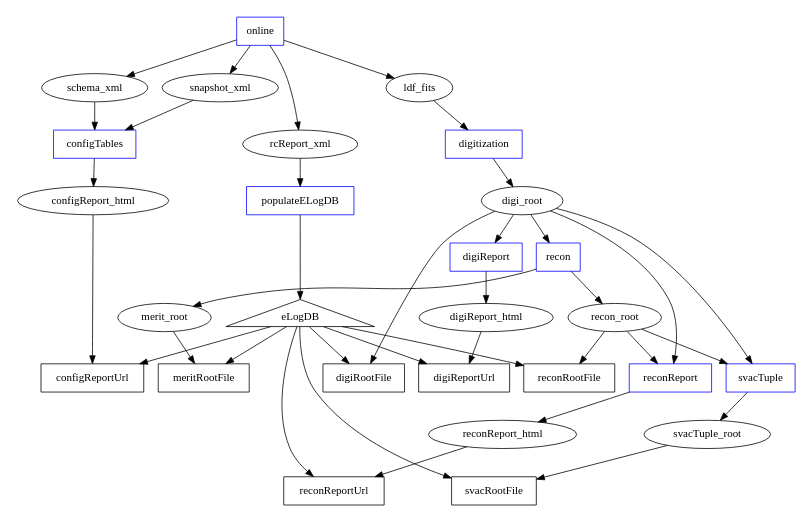
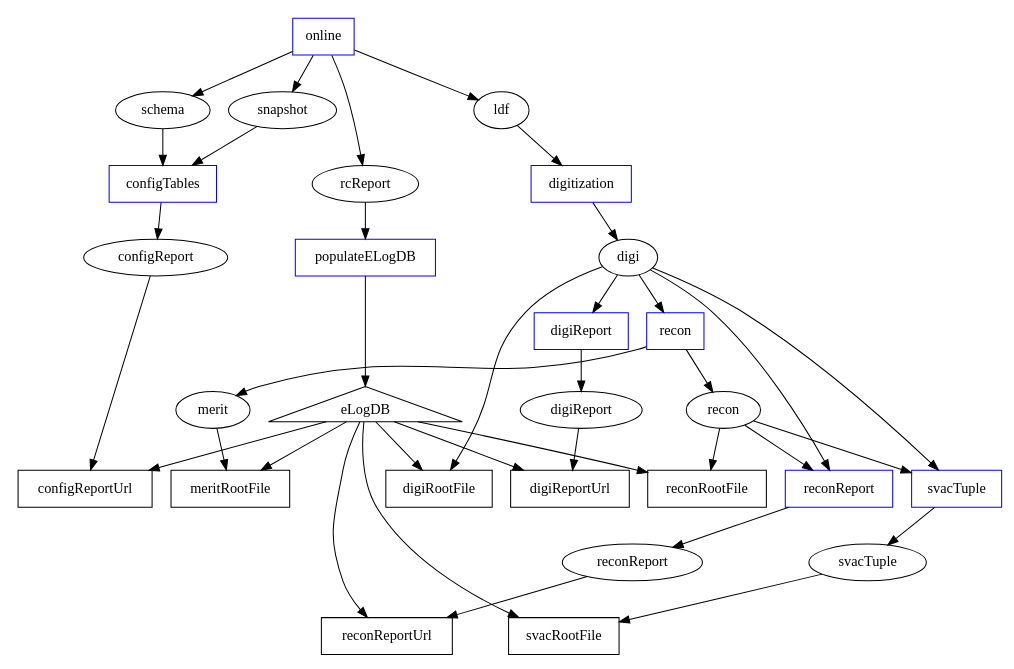
The diagram in svacPipeline/doc/desired-EM2-v1r0.dot (fermi-lat/svac), drawn with Graphviz before and after one commit. The commit also changed 2 other files, not shown here.

Commit message:
Frobbed node names.  Added node labels.  Fixed position & size of graphics in document.

```diff
--- a/svacPipeline/doc/desired-EM2-v1r0.dot
+++ b/svacPipeline/doc/desired-EM2-v1r0.dot
@@ -1,95 +1,95 @@
 digraph iAndTPipeline {
 
 #rotate=90;
-size="6,6";
+size="7.5,6.5";
 
 # processes
 node [shape=box];
 #
-online [color=blue];
-populateELogDB [color=blue];
-configTables [color=blue];
-configReportUrl;
-digitization [color=blue];
-digiRootFile;
-digiReport [color=blue];
-digiReportUrl;
-recon [color=blue];
-reconRootFile;
-meritRootFile;
-reconReport [color=blue];
-reconReportUrl;
-svacTuple [color=blue];
-svacRootFile;
+online_tp [label="online",color=blue];
+populateELogDB_tp [label="populateELogDB",color=blue];
+configTables_tp [label="configTables",color=blue];
+configReportUrl_tp [label="configReportUrl"];
+digitization_tp [label="digitization",color=blue];
+digiRootFile_tp [label="digiRootFile"];
+digiReport_tp [label="digiReport",color=blue];
+digiReportUrl_tp [label="digiReportUrl"];
+recon_tp [label="recon",color=blue];
+reconRootFile_tp [label="reconRootFile"];
+meritRootFile_tp [label="meritRootFile"];
+reconReport_tp [label="reconReport",color=blue];
+reconReportUrl_tp [label="reconReportUrl"];
+svacTuple_tp [label="svacTuple",color=blue];
+svacRootFile_tp [label="svacRootFile"];
 
 # datasets
 node [shape=ellipse];
 #
-rcReport_xml;
-schema_xml;
-snapshot_xml;
-ldf_fits;
-configReport_html;
-digi_root;
-digiReport_html;
-recon_root;
-merit_root;
-reconReport_html;
-svacTuple_root;
+rcReport_ds [label="rcReport"];
+schema_ds [label="schema"];
+snapshot_ds [label="snapshot"];
+ldf_ds [label="ldf"];
+configReport_ds [label="configReport"];
+digi_ds [label="digi"];
+digiReport_ds [label="digiReport"];
+recon_ds [label="recon"];
+merit_ds [label="merit"];
+reconReport_ds [label="reconReport"];
+svacTuple_ds [label="svacTuple"];
 #
 # non-file dependency
 #
-eLogDB [shape=triangle];
+eLogDB_nfd [label="eLogDB",shape=triangle];
 
-online -> rcReport_xml;
-online -> schema_xml;
-online -> snapshot_xml;
-online -> ldf_fits;
+online_tp -> rcReport_ds;
+online_tp -> schema_ds;
+online_tp -> snapshot_ds;
+online_tp -> ldf_ds;
 
-rcReport_xml -> populateELogDB;
-populateELogDB -> eLogDB;
+rcReport_ds -> populateELogDB_tp;
+populateELogDB_tp -> eLogDB_nfd;
 
-schema_xml -> configTables;
-snapshot_xml -> configTables;
-configTables -> configReport_html;
+schema_ds -> configTables_tp;
+snapshot_ds -> configTables_tp;
+configTables_tp -> configReport_ds;
 #
-configReport_html -> configReportUrl;
-eLogDB -> configReportUrl;
+configReport_ds -> configReportUrl_tp;
+eLogDB_nfd -> configReportUrl_tp;
 
-ldf_fits -> digitization;
-digitization -> digi_root;
+ldf_ds -> digitization_tp;
+digitization_tp -> digi_ds;
 #
-digi_root -> digiRootFile;
-eLogDB -> digiRootFile;
+digi_ds -> digiRootFile_tp;
+eLogDB_nfd -> digiRootFile_tp;
 
-digi_root -> digiReport;
-digiReport -> digiReport_html;
+digi_ds -> digiReport_tp;
+digiReport_tp -> digiReport_ds;
 #
-digiReport_html -> digiReportUrl;
-eLogDB -> digiReportUrl;
+digiReport_ds -> digiReportUrl_tp;
+eLogDB_nfd -> digiReportUrl_tp;
 
-digi_root -> recon;
-recon -> recon_root;
-recon -> merit_root;
+digi_ds -> recon_tp;
+recon_tp -> recon_ds;
+recon_tp -> merit_ds;
 #
-recon_root -> reconRootFile;
-eLogDB -> reconRootFile;
+recon_ds -> reconRootFile_tp;
+eLogDB_nfd -> reconRootFile_tp;
 #
-merit_root -> meritRootFile;
-eLogDB -> meritRootFile;
+merit_ds -> meritRootFile_tp;
+eLogDB_nfd -> meritRootFile_tp;
 
-digi_root -> reconReport;
-recon_root -> reconReport;
-reconReport -> reconReport_html;
+digi_ds -> reconReport_tp;
+recon_ds -> reconReport_tp;
+reconReport_tp -> reconReport_ds;
 #
-reconReport_html -> reconReportUrl;
-eLogDB -> reconReportUrl;
+reconReport_ds -> reconReportUrl_tp;
+eLogDB_nfd -> reconReportUrl_tp;
 
-digi_root -> svacTuple;
-recon_root -> svacTuple;
-svacTuple -> svacTuple_root;
+digi_ds -> svacTuple_tp;
+recon_ds -> svacTuple_tp;
+svacTuple_tp -> svacTuple_ds;
 #
-svacTuple_root -> svacRootFile;
-eLogDB -> svacRootFile;
+svacTuple_ds -> svacRootFile_tp;
+eLogDB_nfd -> svacRootFile_tp;
 
 }
```
